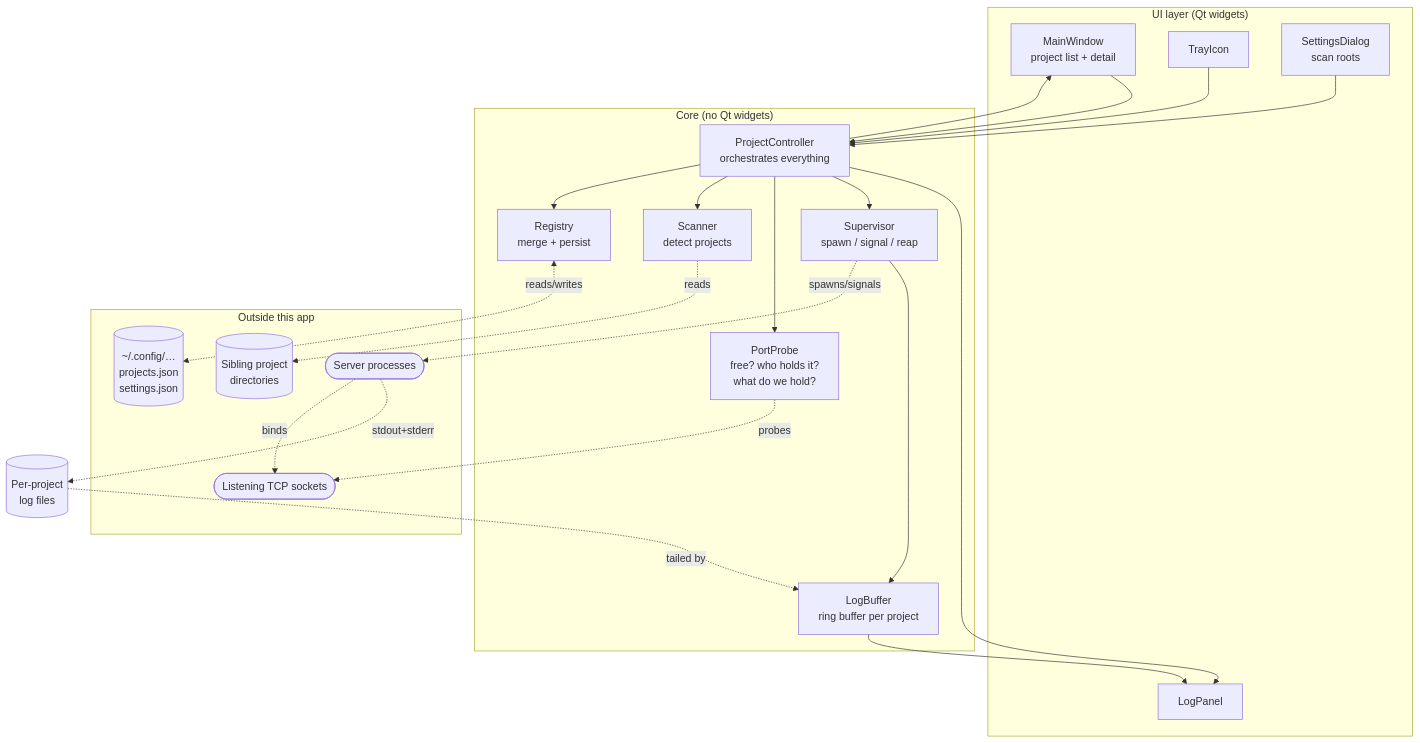
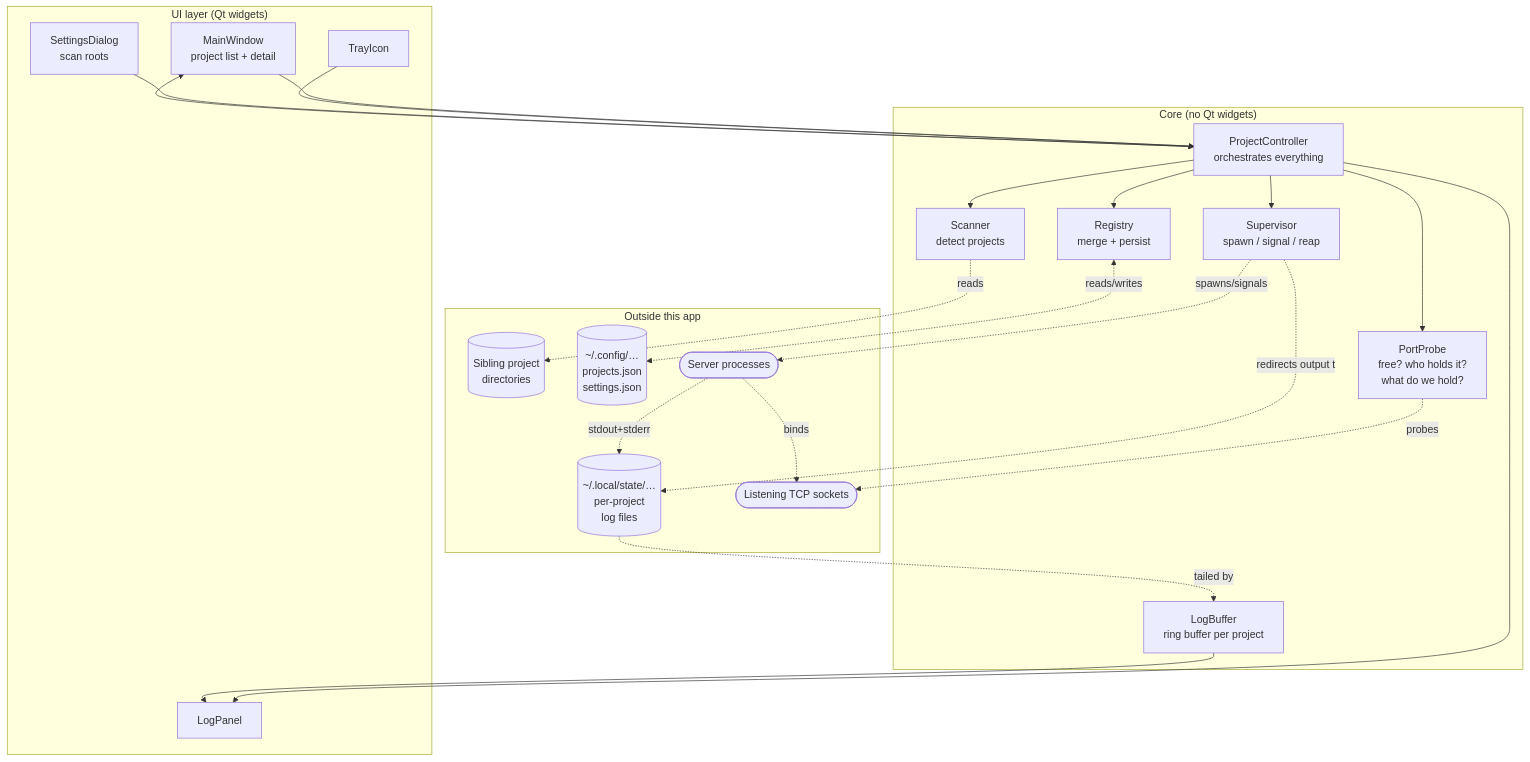
The diagram in docs/design.md (milnet01/LocalWebServerManager), drawn with Mermaid before and after one commit. The commit also changed other lines of this file, not shown here.

````diff
--- a/docs/design.md
+++ b/docs/design.md
@@ -33,46 +43,47 @@
 ```mermaid
 flowchart TB
     subgraph ui["UI layer (Qt widgets)"]
         MW[MainWindow<br/>project list + detail]
         LP[LogPanel]
         TR[TrayIcon]
         SD[SettingsDialog<br/>scan roots]
     end
 
     subgraph core["Core (no Qt widgets)"]
         CTL[ProjectController<br/>orchestrates everything]
         SUP[Supervisor<br/>spawn / signal / reap]
         PRB[PortProbe<br/>free? who holds it?<br/>what do we hold?]
         SCN[Scanner<br/>detect projects]
         REG[Registry<br/>merge + persist]
         LOG[LogBuffer<br/>ring buffer per project]
     end
 
     subgraph outside["Outside this app"]
         FS[(Sibling project<br/>directories)]
         CFG[(~/.config/…<br/>projects.json<br/>settings.json)]
+        LOGF[(~/.local/state/…<br/>per-project<br/>log files)]
         PROC([Server processes])
         NET([Listening TCP sockets])
     end
 
     MW --> CTL
     TR --> CTL
     SD --> CTL
     CTL --> LP
     CTL --> MW
 
     CTL --> SUP
     CTL --> PRB
     CTL --> SCN
     CTL --> REG
-    SUP --> LOG
     LOG --> LP
 
     SCN -.reads.-> FS
     REG <-.reads/writes.-> CFG
     SUP -.spawns/signals.-> PROC
-    PROC -.stdout+stderr.-> LOGF[(Per-project<br/>log files)]
+    SUP -.redirects output to.-> LOGF
+    PROC -.stdout+stderr.-> LOGF
     LOGF -.tailed by.-> LOG
     PRB -.probes.-> NET
     PROC -.binds.-> NET
 ```
````
